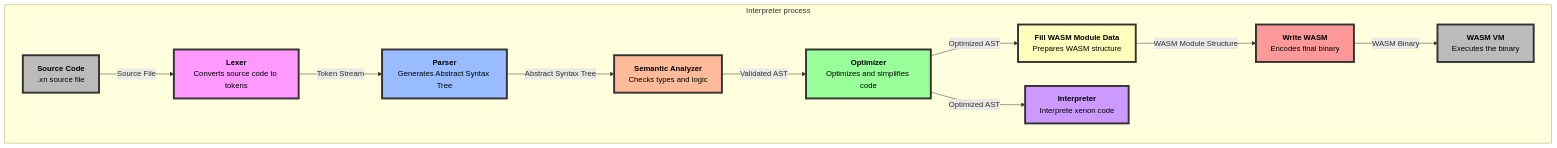
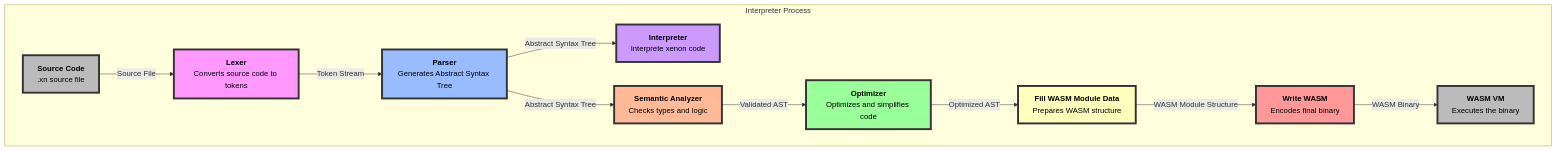
One commit to Xenon-Lang-Org/docs changed the diagram in src/interpreter.md. Above: the diagram before and after it, drawn with Mermaid. The commit also changed 2 other files, not shown here.

Commit message:
Fix interpreter in mermaid diagram

````diff
--- a/src/interpreter.md
+++ b/src/interpreter.md
@@ -56,23 +56,23 @@
 ```mermaid
 graph TD
     style A fill:#ff99ff,stroke:#333333,stroke-width:4px
     style B fill:#99bbff,stroke:#333333,stroke-width:4px
     style C fill:#ffbb99,stroke:#333333,stroke-width:4px
     style D fill:#9f9,stroke:#333,stroke-width:4px
     style E fill:#ffb,stroke:#333,stroke-width:4px
     style F fill:#f99,stroke:#333,stroke-width:4px
     style G fill:#bbb,stroke:#333,stroke-width:4px
     style H fill:#c9f,stroke:#333,stroke-width:4px
     style S fill:#bbb,stroke:#333,stroke-width:4px
 
-    subgraph Interpreter process
+    subgraph Interpreter Process
         S["<b style='color:black'>Source Code</b><br/><span style='color:black'>.xn source file</span>"] -->|Source File| A["<b style='color:black'>Lexer</b><br/><span style='color:black'>Converts source code to tokens</span>"]
         A -->|Token Stream| B["<b style='color:black'>Parser</b><br/><span style='color:black'>Generates Abstract Syntax Tree</span>"]
+        B -->|Abstract Syntax Tree| H["<b style='color:black'>Interpreter</b><br/><span style='color:black'>Interprete xenon code</span>"]
         B -->|Abstract Syntax Tree| C["<b style='color:black'>Semantic Analyzer</b><br/><span style='color:black'>Checks types and logic</span>"]
         C -->|Validated AST| D["<b style='color:black'>Optimizer</b><br/><span style='color:black'>Optimizes and simplifies code</span>"]
         D -->|Optimized AST| E["<b style='color:black'>Fill WASM Module Data</b><br/><span style='color:black'>Prepares WASM structure</span>"]
         E -->|WASM Module Structure| F["<b style='color:black'>Write WASM</b><br/><span style='color:black'>Encodes final binary</span>"]
         F -->|WASM Binary| G["<b style='color:black'>WASM VM</b><br/><span style='color:black'>Executes the binary</span>"]
-        D -->|Optimized AST| H["<b style='color:black'>Interpreter</b><br/><span style='color:black'>Interprete xenon code</span>"]
     end
 ```
````
